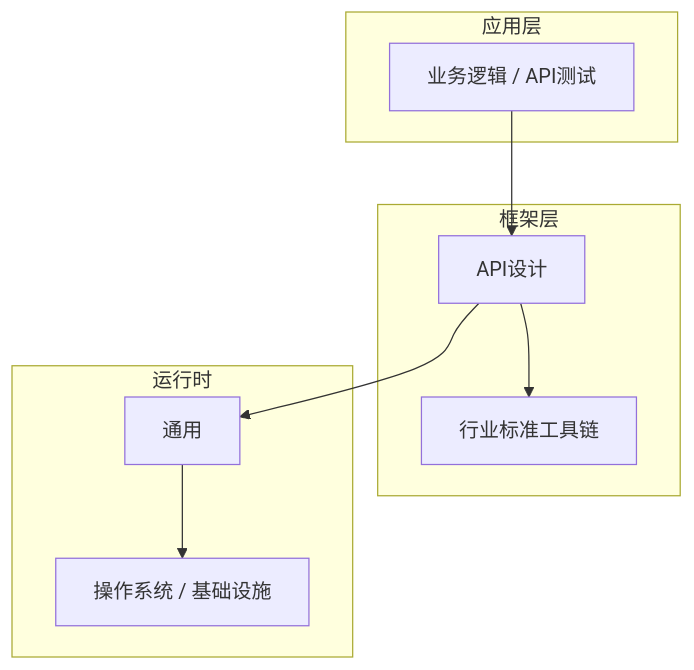
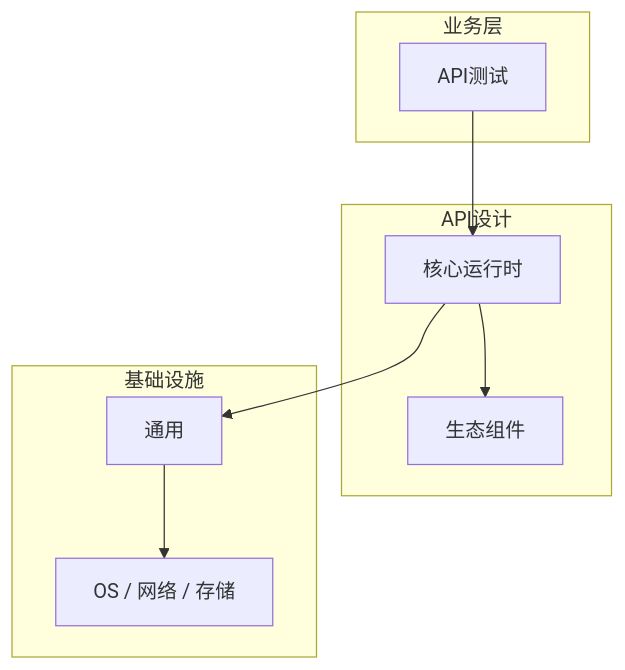
One commit to yanggan2015/knowledge-json-v2 changed the diagram in articles/API设计/chapters/036-API测试核心概念与原理.md. Above: the diagram before and after it, drawn with Mermaid. The commit also changed other lines of this file and 10127 other files, not shown here.

````diff
--- a/articles/API设计/chapters/036-API测试核心概念与原理.md
+++ b/articles/API设计/chapters/036-API测试核心概念与原理.md
@@ -45,18 +34,18 @@
 ```mermaid
 graph TB
-    subgraph 应用层
-        A[业务逻辑 / API测试]
+    subgraph 业务层
+        A[API测试]
     end
-    subgraph 框架层
-        B[API设计]
-        C[行业标准工具链]
+    subgraph API设计
+        B[核心运行时]
+        C[生态组件]
     end
-    subgraph 运行时
+    subgraph 基础设施
         D[通用]
-        E[操作系统 / 基础设施]
+        E[OS / 网络 / 存储]
     end
     A --> B
     B --> C
     B --> D
     D --> E
 ```
````
